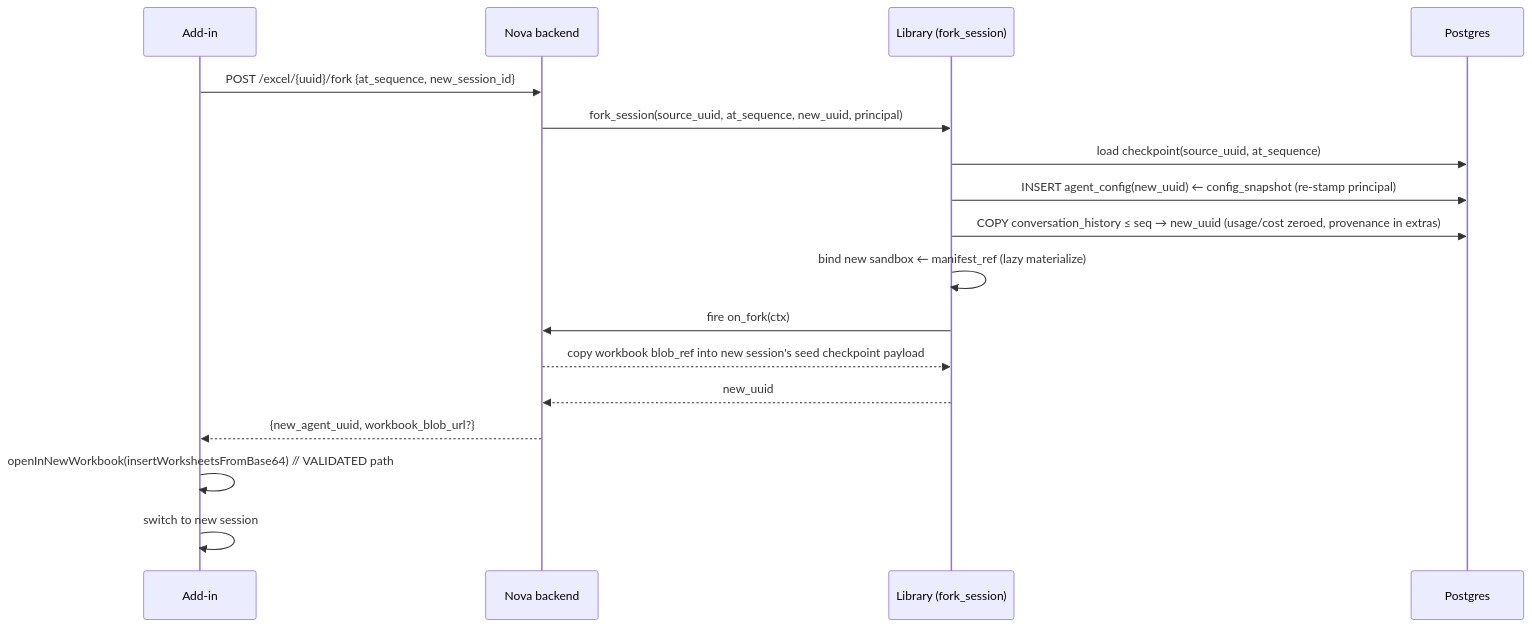
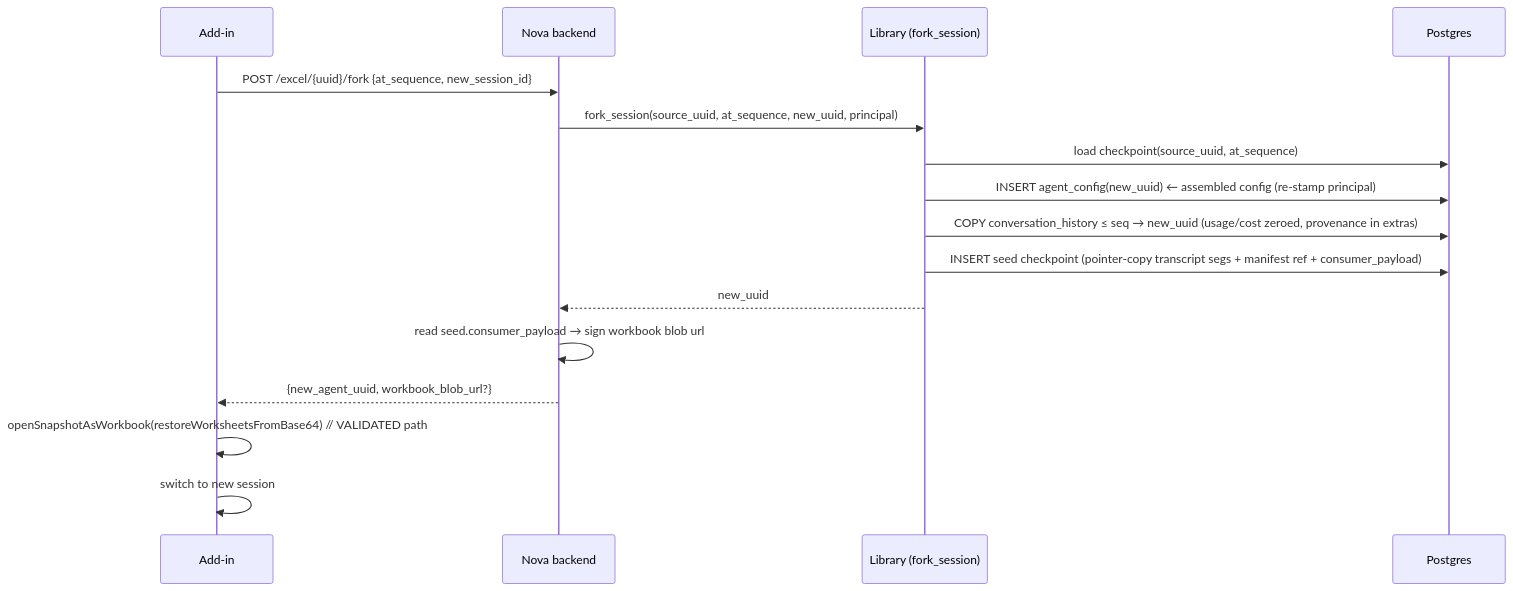
One commit to AuroSoni/agent-harness changed the fourth of 5 diagrams in fork_reset_design/00-overview.md. Above: the diagram before and after it, drawn with Mermaid. The commit also changed other lines of this file and 6 other files, not shown here.

````diff
--- a/fork_reset_design/00-overview.md
+++ b/fork_reset_design/00-overview.md
@@ -214,20 +239,19 @@
 ```mermaid
 sequenceDiagram
     participant FE as Add-in
     participant BE as Nova backend
     participant LIB as Library (fork_session)
     participant PG as Postgres
 
     FE->>BE: POST /excel/{uuid}/fork {at_sequence, new_session_id}
     BE->>LIB: fork_session(source_uuid, at_sequence, new_uuid, principal)
     LIB->>PG: load checkpoint(source_uuid, at_sequence)
-    LIB->>PG: INSERT agent_config(new_uuid) ← config_snapshot (re-stamp principal)
+    LIB->>PG: INSERT agent_config(new_uuid) ← assembled config (re-stamp principal)
     LIB->>PG: COPY conversation_history ≤ seq → new_uuid (usage/cost zeroed, provenance in extras)
-    LIB->>LIB: bind new sandbox ← manifest_ref (lazy materialize)
-    LIB->>BE: fire on_fork(ctx)
-    BE-->>LIB: copy workbook blob_ref into new session's seed checkpoint payload
+    LIB->>PG: INSERT seed checkpoint (pointer-copy transcript segs + manifest ref + consumer_payload)
     LIB-->>BE: new_uuid
+    BE->>BE: read seed.consumer_payload → sign workbook blob url
     BE-->>FE: {new_agent_uuid, workbook_blob_url?}
-    FE->>FE: openInNewWorkbook(insertWorksheetsFromBase64)  // VALIDATED path
+    FE->>FE: openSnapshotAsWorkbook(restoreWorksheetsFromBase64)  // VALIDATED path
     FE->>FE: switch to new session
 ```
````
